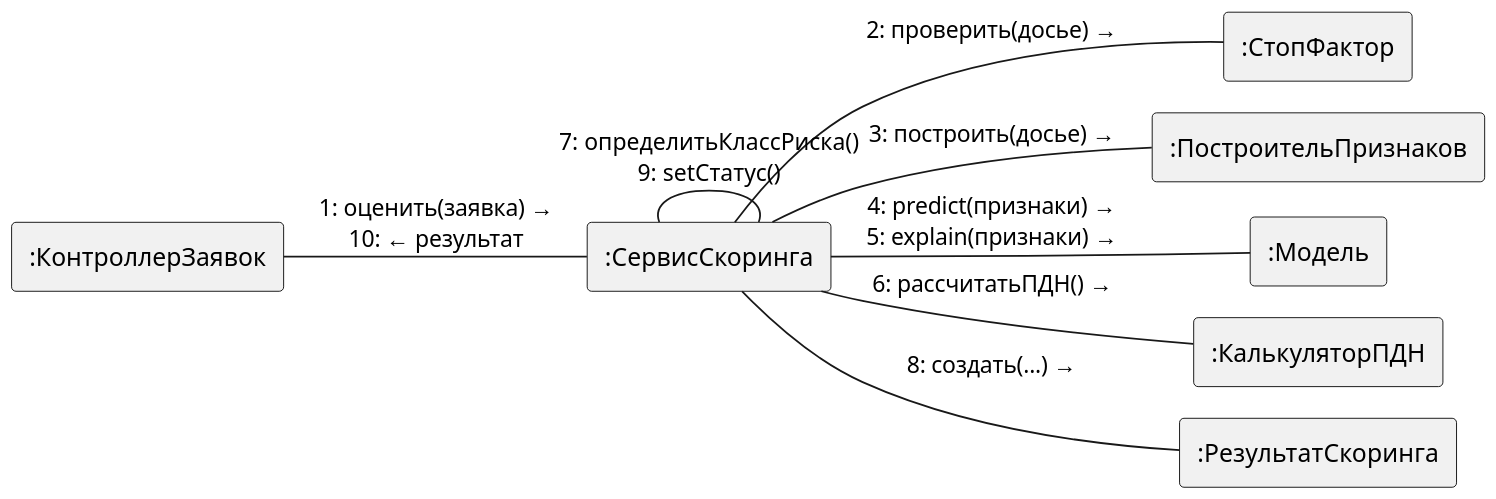
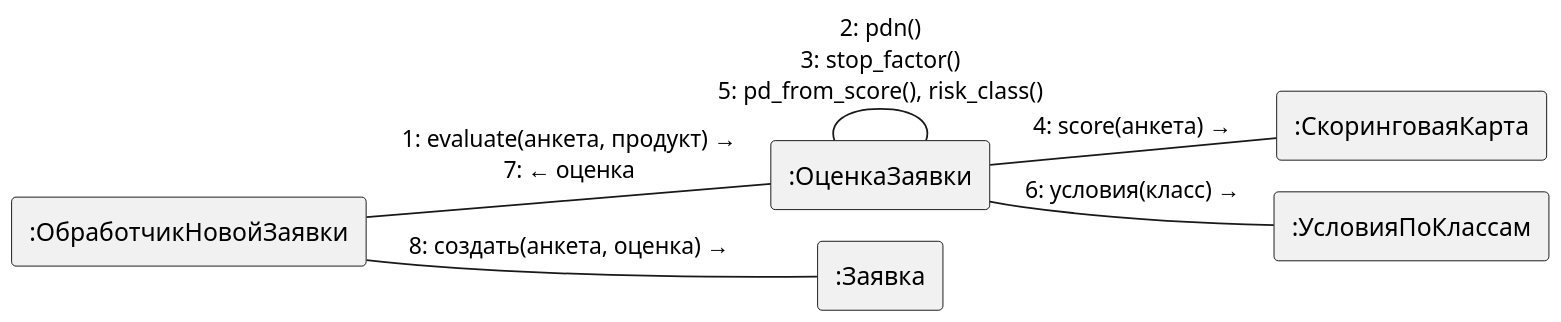
The diagram in diagrams/uml_collab.puml (DarkSwordman999/credit-scoring-dss), drawn with PlantUML before and after one commit. The commit also changed 51 other files, not shown here.

Commit message:
Отчёты ПР 1-10 и диаграммы пересобраны под базовую редакцию

```diff
--- a/diagrams/uml_collab.puml
+++ b/diagrams/uml_collab.puml
@@ -1,25 +1,21 @@
 @startuml
 !pragma layout smetana
 skinparam dpi 150
 skinparam defaultFontName Arial
 skinparam shadowing false
 skinparam monochrome true
 left to right direction
 skinparam rectangle {
  BorderColor black
 }
-rectangle ":КонтроллерЗаявок" as C
-rectangle ":СервисСкоринга" as S
-rectangle ":СтопФактор" as SF
-rectangle ":ПостроительПризнаков" as FB
-rectangle ":Модель" as M
-rectangle ":КалькуляторПДН" as P
-rectangle ":РезультатСкоринга" as R
-C -- S : "1: оценить(заявка) →\n10: ← результат"
-S -- SF : "2: проверить(досье) →"
-S -- FB : "3: построить(досье) →"
-S -- M : "4: predict(признаки) →\n5: explain(признаки) →"
-S -- P : "6: рассчитатьПДН() →"
-S -- R : "8: создать(...) →"
-S -- S : "7: определитьКлассРиска()\n9: setСтатус()"
+rectangle ":ОбработчикНовойЗаявки" as C
+rectangle ":ОценкаЗаявки" as L
+rectangle ":СкоринговаяКарта" as S
+rectangle ":УсловияПоКлассам" as K
+rectangle ":Заявка" as AP
+C -- L : "1: evaluate(анкета, продукт) →\n7: ← оценка"
+L -- L : "2: pdn()\n3: stop_factor()\n5: pd_from_score(), risk_class()"
+L -- S : "4: score(анкета) →"
+L -- K : "6: условия(класс) →"
+C -- AP : "8: создать(анкета, оценка) →"
 @enduml
```
